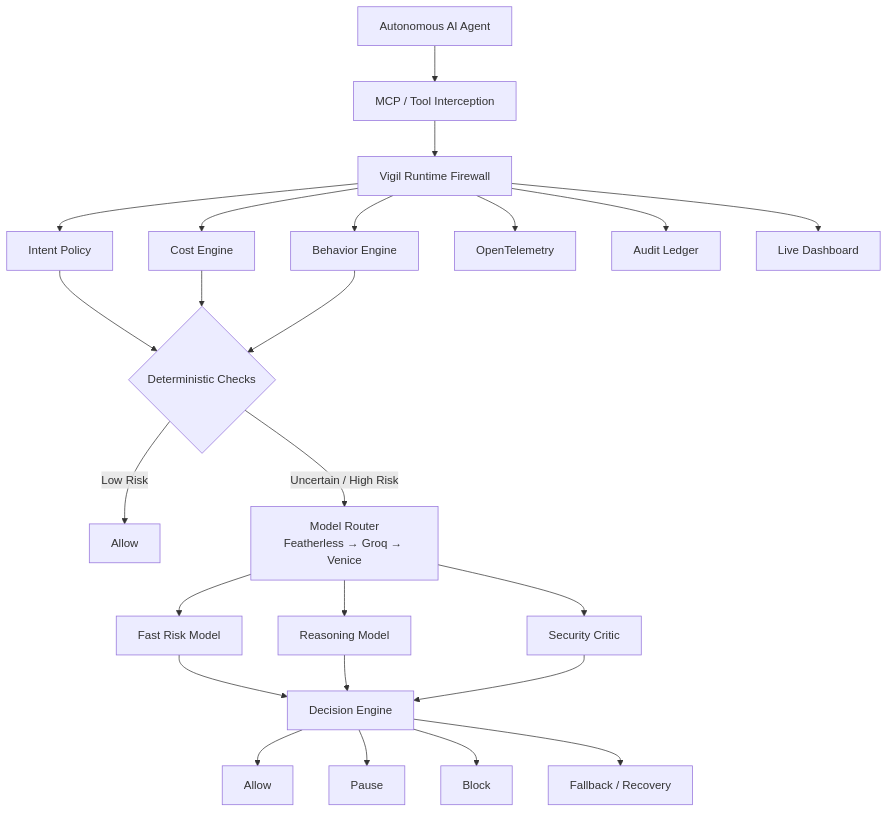
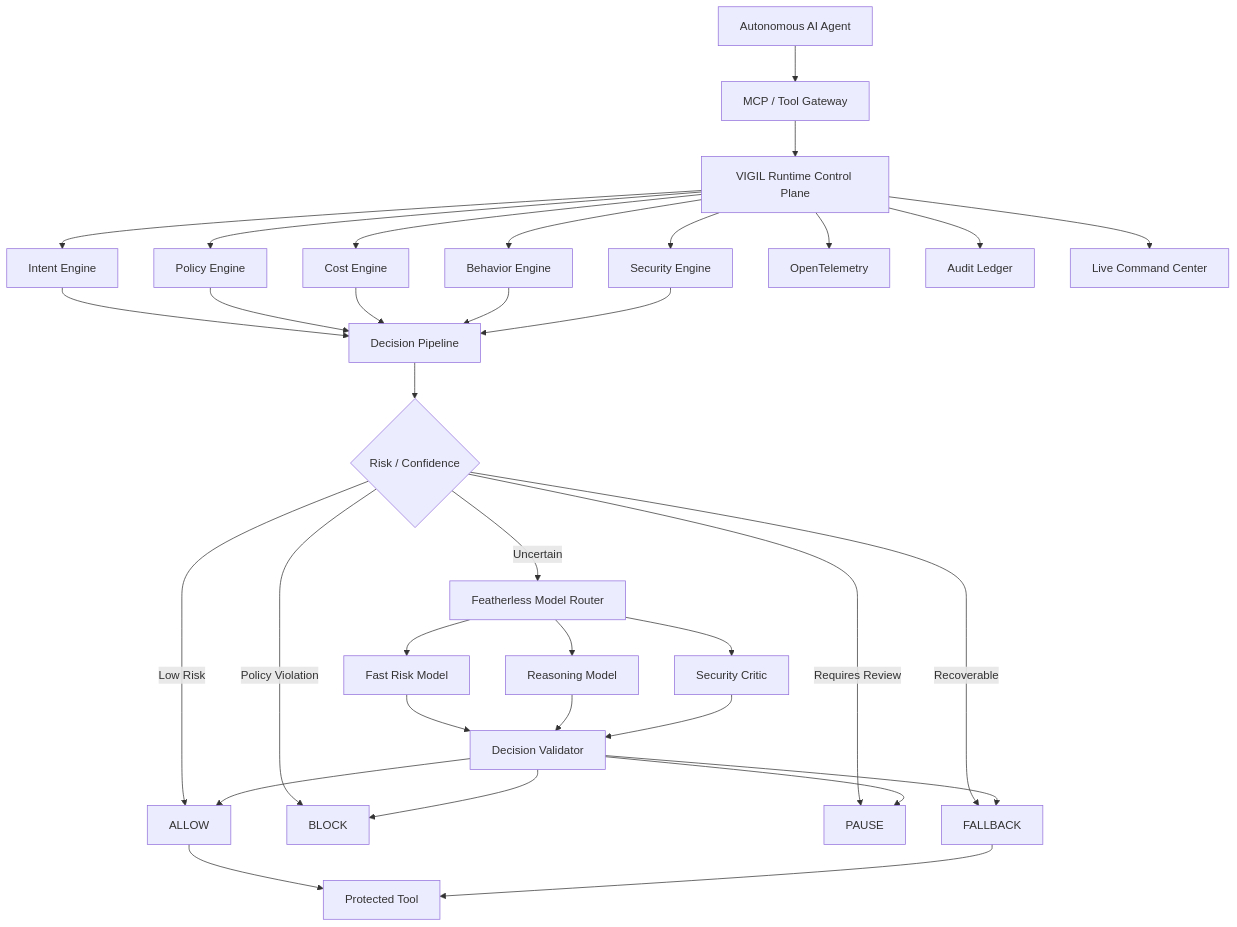
The fifth of 8 diagrams in README.md (LSUDOKO/Vigil), drawn with Mermaid before and after one commit. The commit also changed other lines of this file, not shown here.

````diff
--- a/README.md
+++ b/README.md
@@ -125,33 +559,49 @@
 ```mermaid
-flowchart TD
-    A[Autonomous AI Agent] --> B[MCP / Tool Interception]
-    B --> C[Vigil Runtime Firewall]
+flowchart TB
 
-    C --> D[Intent Policy]
-    C --> E[Cost Engine]
-    C --> F[Behavior Engine]
+    A[Autonomous AI Agent]
 
-    D --> G{Deterministic Checks}
-    E --> G
-    F --> G
+    A --> B[MCP / Tool Gateway]
 
-    G -->|Low Risk| H[Allow]
-    G -->|Uncertain / High Risk| I["Model Router<br/>Featherless → Groq → Venice"]
+    B --> C[VIGIL Runtime Control Plane]
 
-    I --> J[Fast Risk Model]
-    I --> K[Reasoning Model]
-    I --> L[Security Critic]
+    C --> D[Intent Engine]
+    C --> E[Policy Engine]
+    C --> F[Cost Engine]
+    C --> G[Behavior Engine]
+    C --> H[Security Engine]
 
-    J --> M[Decision Engine]
-    K --> M
-    L --> M
+    D --> I[Decision Pipeline]
+    E --> I
+    F --> I
+    G --> I
+    H --> I
 
-    M --> N[Allow]
-    M --> O[Pause]
-    M --> P[Block]
-    M --> Q[Fallback / Recovery]
+    I --> J{Risk / Confidence}
 
-    C --> R[OpenTelemetry]
-    C --> S[Audit Ledger]
-    C --> T[Live Dashboard]
+    J -->|Low Risk| K[ALLOW]
+    J -->|Policy Violation| L[BLOCK]
+    J -->|Requires Review| M[PAUSE]
+    J -->|Recoverable| N[FALLBACK]
+    J -->|Uncertain| O[Featherless Model Router]
+
+    O --> P[Fast Risk Model]
+    O --> Q[Reasoning Model]
+    O --> R[Security Critic]
+
+    P --> S[Decision Validator]
+    Q --> S
+    R --> S
+
+    S --> K
+    S --> L
+    S --> M
+    S --> N
+
+    C --> T[OpenTelemetry]
+    C --> U[Audit Ledger]
+    C --> V[Live Command Center]
+
+    K --> W[Protected Tool]
+    N --> W
 ```
````
